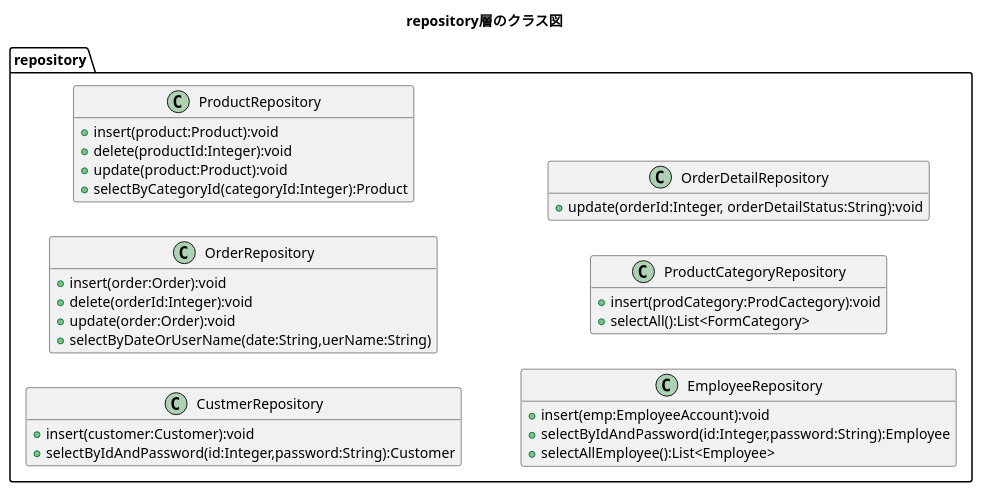
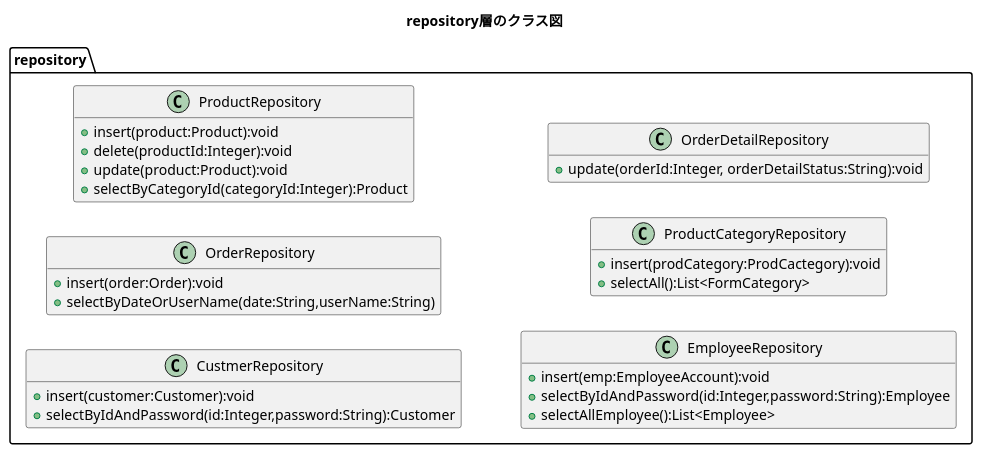
One commit to kanavii3333/ec-b changed the diagram in plan/uml/class/repository.plantuml. Above: the diagram before and after it, drawn with PlantUML. The commit also changed 1 other file, not shown here.

Commit message:
OrderRepositoryのテスト仕様書の作成、完成、repository.plantumlの修正

```diff
--- a/plan/uml/class/repository.plantuml
+++ b/plan/uml/class/repository.plantuml
@@ -1,41 +1,39 @@
 @startuml
 title repository層のクラス図
 hide empty members
 left to right direction
 
 package repository{
     class CustmerRepository{
         +insert(customer:Customer):void
         +selectByIdAndPassword(id:Integer,password:String):Customer
     }
 
     class OrderRepository{
         +insert(order:Order):void
-        +delete(orderId:Integer):void
-        +update(order:Order):void
-        +selectByDateOrUserName(date:String,uerName:String)
+        +selectByDateOrUserName(date:String,userName:String)
     }
 
     class ProductRepository{
         +insert(product:Product):void
         +delete(productId:Integer):void
         +update(product:Product):void
         +selectByCategoryId(categoryId:Integer):Product
     }
 
     class EmployeeRepository{
         +insert(emp:EmployeeAccount):void
         +selectByIdAndPassword(id:Integer,password:String):Employee
         +selectAllEmployee():List<Employee>
     }
 
     class ProductCategoryRepository{
         +insert(prodCategory:ProdCactegory):void
         +selectAll():List<FormCategory>
     }
 
     class OrderDetailRepository{
         +update(orderId:Integer, orderDetailStatus:String):void
     }
 }
 @enduml
```
